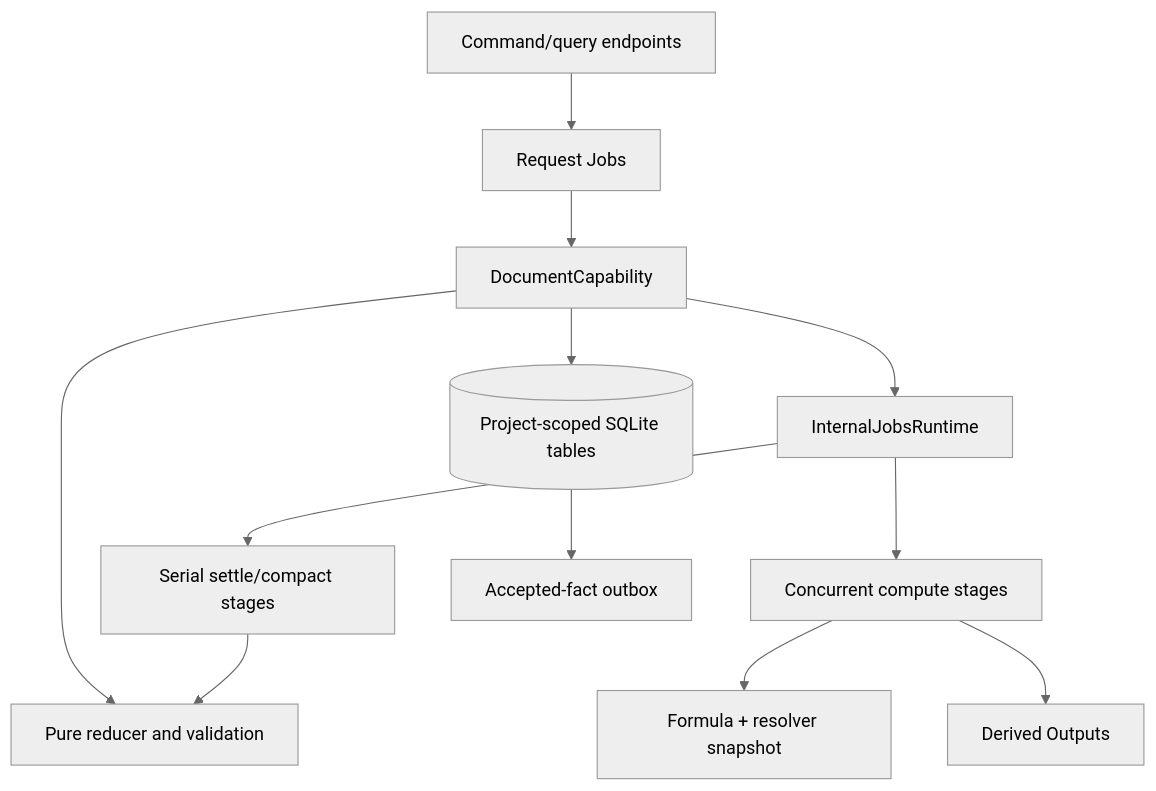
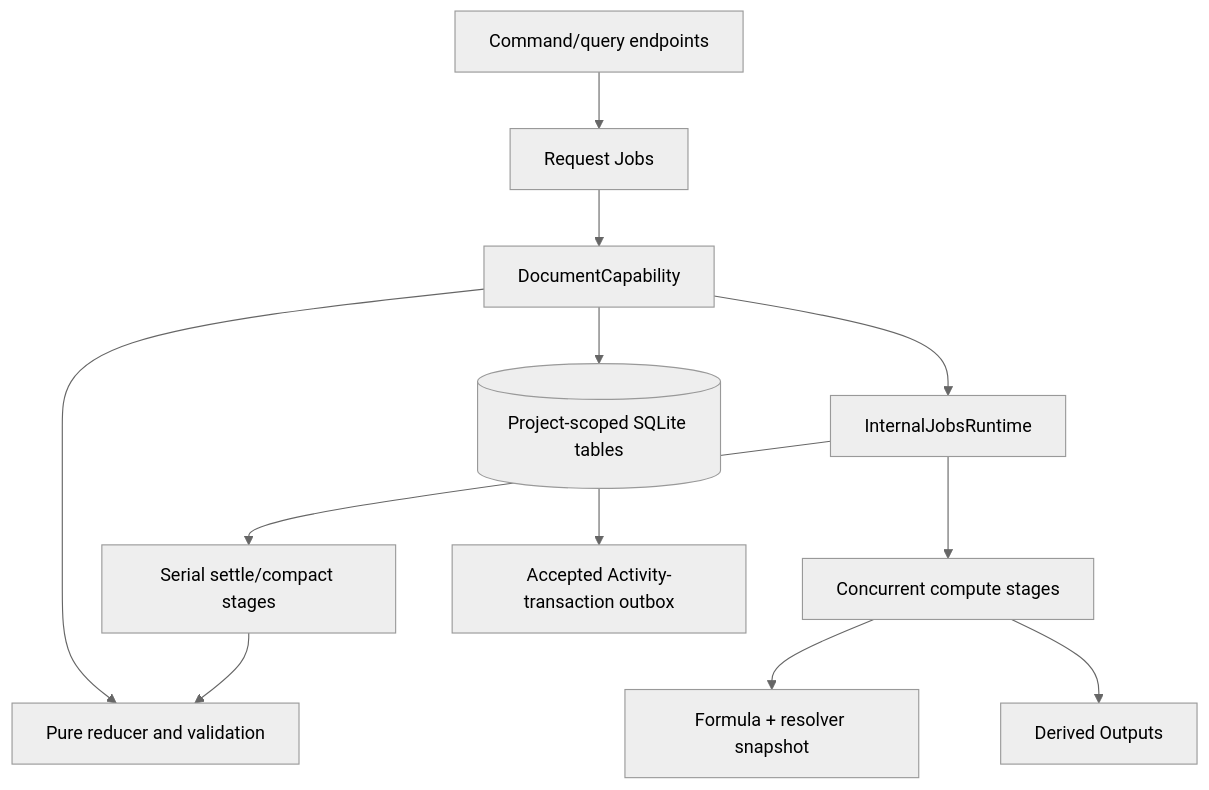
One commit to gccurtis/icarus changed the first of 2 diagrams in apps/backend/src/3-capabilities/document/docs/concepts.md. Above: the diagram before and after it, drawn with Mermaid (neutral theme). The commit also changed other lines of this file and 16 other files, not shown here.

````diff
--- a/apps/backend/src/3-capabilities/document/docs/concepts.md
+++ b/apps/backend/src/3-capabilities/document/docs/concepts.md
@@ -11,14 +11,14 @@
 ```mermaid
 flowchart TB
   HTTP[Command/query endpoints] --> Jobs[Request Jobs]
   Jobs --> Service[DocumentCapability]
   Service --> Reducer[Pure reducer and validation]
   Service --> Store[(Project-scoped SQLite tables)]
   Service --> Internal[InternalJobsRuntime]
   Internal --> Compute[Concurrent compute stages]
   Internal --> Settle[Serial settle/compact stages]
   Compute --> Formula[Formula + resolver snapshot]
   Compute --> Derived[Derived Outputs]
   Settle --> Reducer
-  Store --> Outbox[Accepted-fact outbox]
+  Store --> Outbox[Accepted Activity-transaction outbox]
 ```
````
